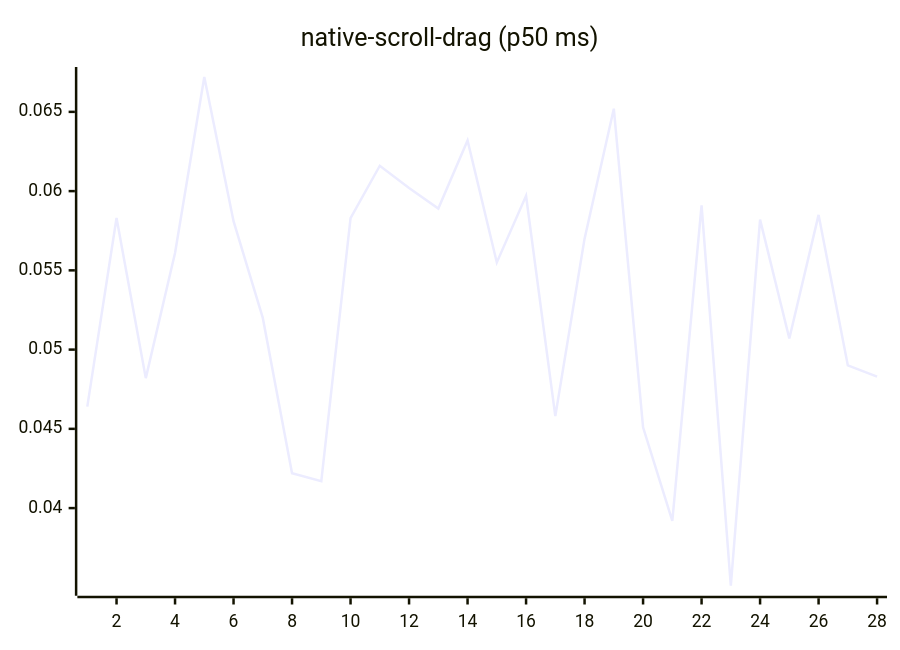
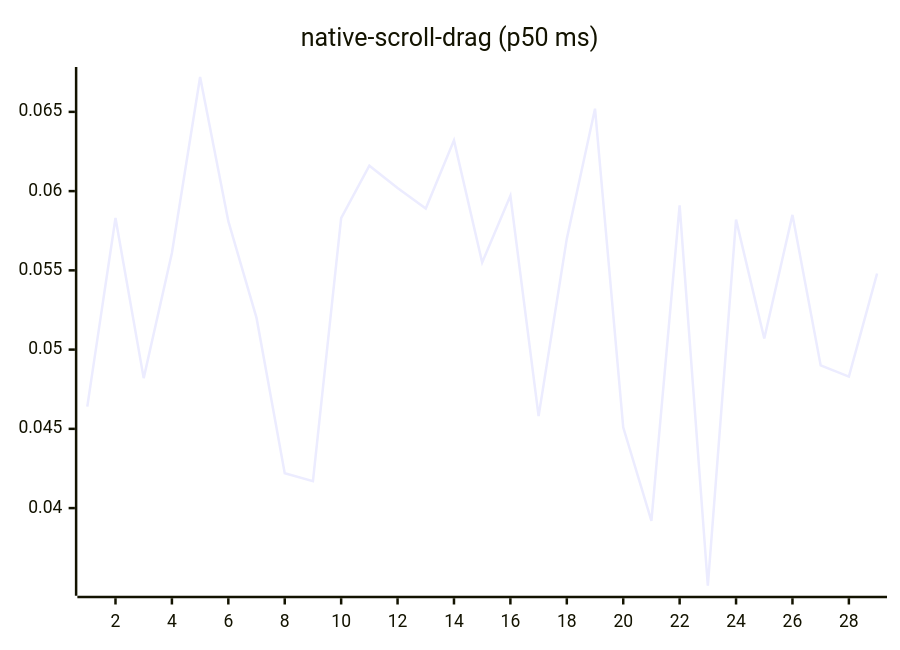
One commit to josha/Facet changed diagram 14 of 27 in README.md. Above: the diagram before and after it, drawn with Mermaid. The commit also changed other lines of this file and 2 other files, not shown here.

````diff
--- a/README.md
+++ b/README.md
@@ -154,6 +154,6 @@
 ```mermaid
 xychart-beta
     title "native-scroll-drag (p50 ms)"
-    x-axis 1 --> 28
-    line [0.0464, 0.0583, 0.0482, 0.0561, 0.0672, 0.0581, 0.0520, 0.0422, 0.0417, 0.0583, 0.0616, 0.0602, 0.0589, 0.0632, 0.0555, 0.0597, 0.0458, 0.0570, 0.0652, 0.0451, 0.0392, 0.0591, 0.0351, 0.0582, 0.0507, 0.0585, 0.0490, 0.0483]
+    x-axis 1 --> 29
+    line [0.0464, 0.0583, 0.0482, 0.0561, 0.0672, 0.0581, 0.0520, 0.0422, 0.0417, 0.0583, 0.0616, 0.0602, 0.0589, 0.0632, 0.0555, 0.0597, 0.0458, 0.0570, 0.0652, 0.0451, 0.0392, 0.0591, 0.0351, 0.0582, 0.0507, 0.0585, 0.0490, 0.0483, 0.0548]
 ```
````
